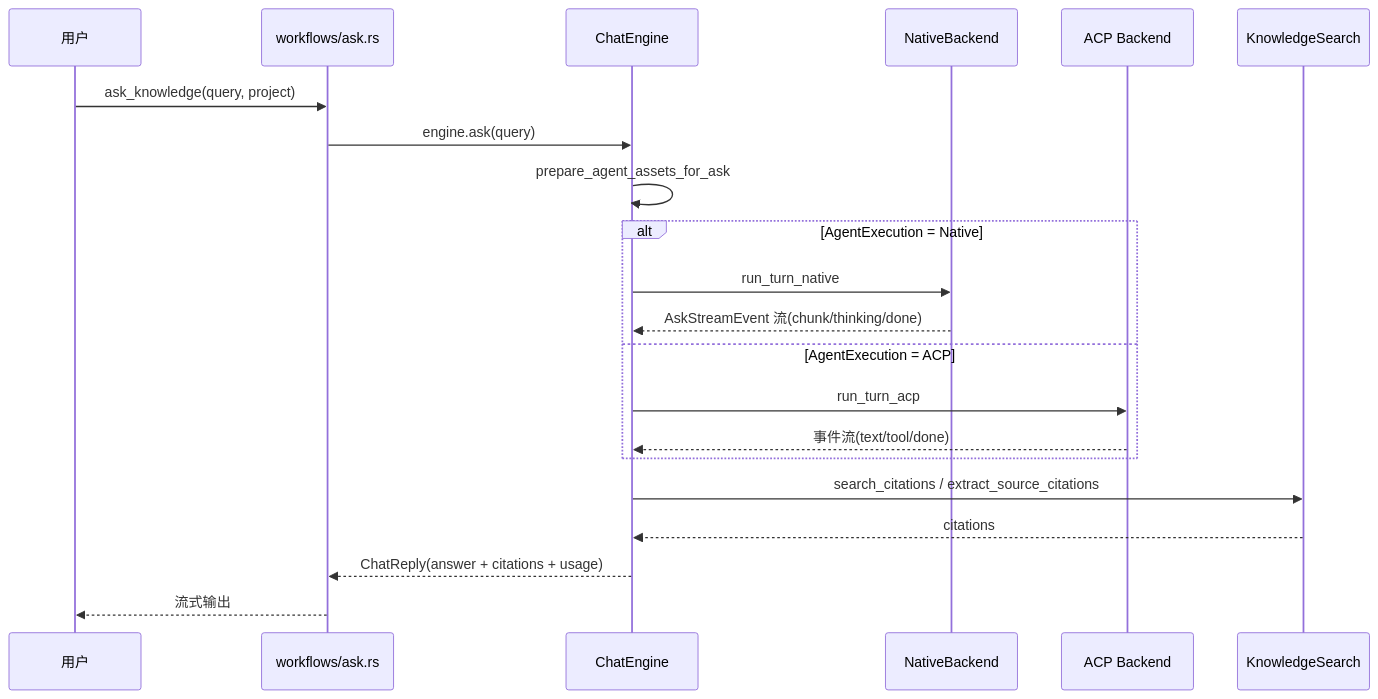
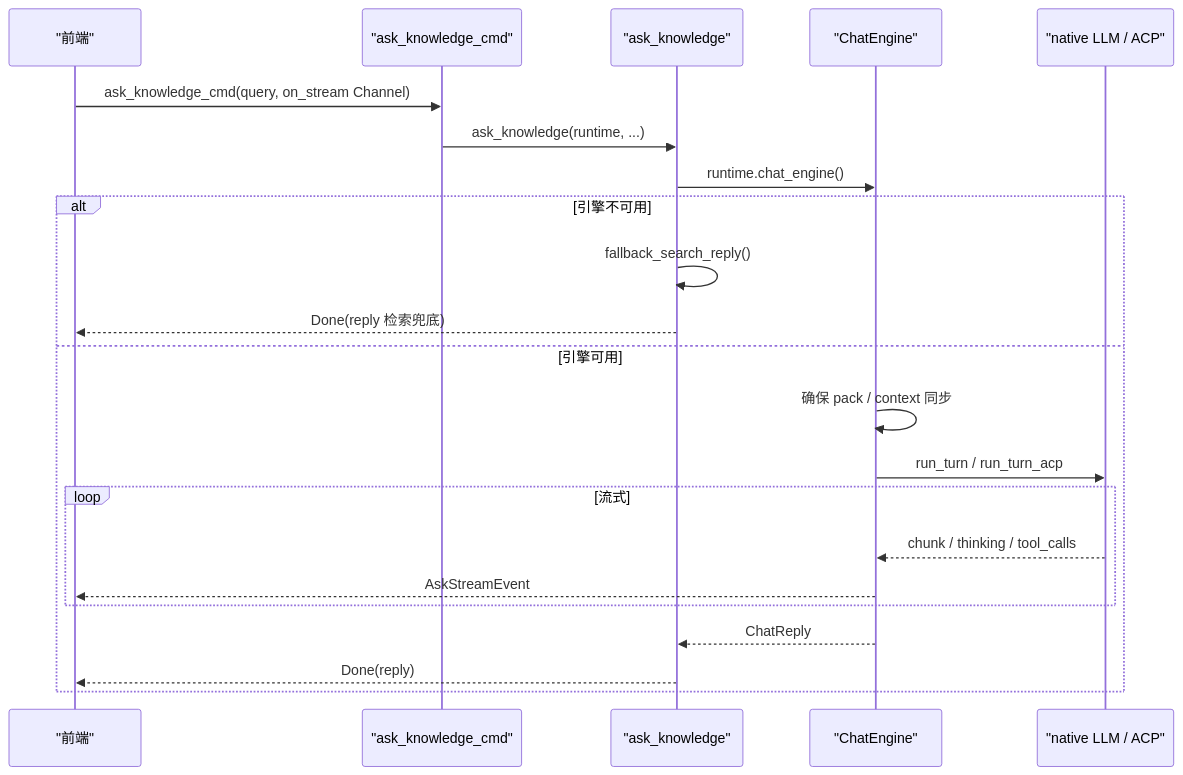
One commit to sopaco/terrain changed the sixth of 7 diagrams in .terrain/human/2.架构.md. Above: the diagram before and after it, drawn with Mermaid. The commit also changed other lines of this file and 29 other files, not shown here.

````diff
--- a/.terrain/human/2.架构.md
+++ b/.terrain/human/2.架构.md
@@ -239,24 +231,25 @@
 ```mermaid
 sequenceDiagram
-    participant U as 用户
-    participant WF as workflows/ask.rs
-    participant ENG as ChatEngine
-    participant NAT as NativeBackend
-    participant ACP as ACP Backend
-    participant SEARCH as KnowledgeSearch
+    participant UI as "前端"
+    participant CMD as "ask_knowledge_cmd"
+    participant ASK as "ask_knowledge"
+    participant ENG as "ChatEngine"
+    participant LLM as "native LLM / ACP"
 
-    U->>WF: ask_knowledge(query, project)
-    WF->>ENG: engine.ask(query)
-    ENG->>ENG: prepare_agent_assets_for_ask
-    alt AgentExecution = Native
-        ENG->>NAT: run_turn_native
-        NAT-->>ENG: AskStreamEvent 流(chunk/thinking/done)
-    else AgentExecution = ACP
-        ENG->>ACP: run_turn_acp
-        ACP-->>ENG: 事件流(text/tool/done)
+    UI->>CMD: ask_knowledge_cmd(query, on_stream Channel)
+    CMD->>ASK: ask_knowledge(runtime, ...)
+    ASK->>ENG: runtime.chat_engine()
+    alt 引擎不可用
+        ASK->>ASK: fallback_search_reply()
+        ASK-->>UI: Done(reply 检索兜底)
+    else 引擎可用
+        ENG->>ENG: 确保 pack / context 同步
+        ENG->>LLM: run_turn / run_turn_acp
+        loop 流式
+            LLM-->>ENG: chunk / thinking / tool_calls
+            ENG-->>UI: AskStreamEvent
+        end
+        ENG-->>ASK: ChatReply
+        ASK-->>UI: Done(reply)
     end
-    ENG->>SEARCH: search_citations / extract_source_citations
-    SEARCH-->>ENG: citations
-    ENG-->>WF: ChatReply(answer + citations + usage)
-    WF-->>U: 流式输出
 ```
````
